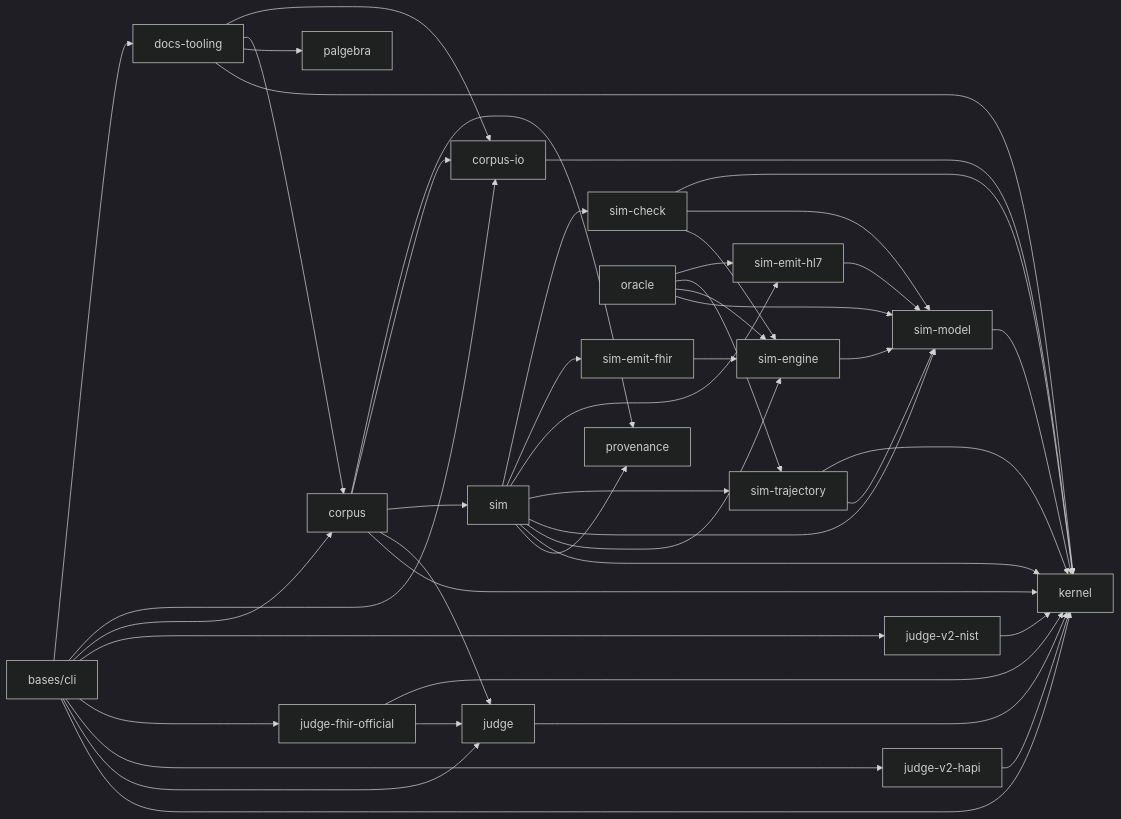
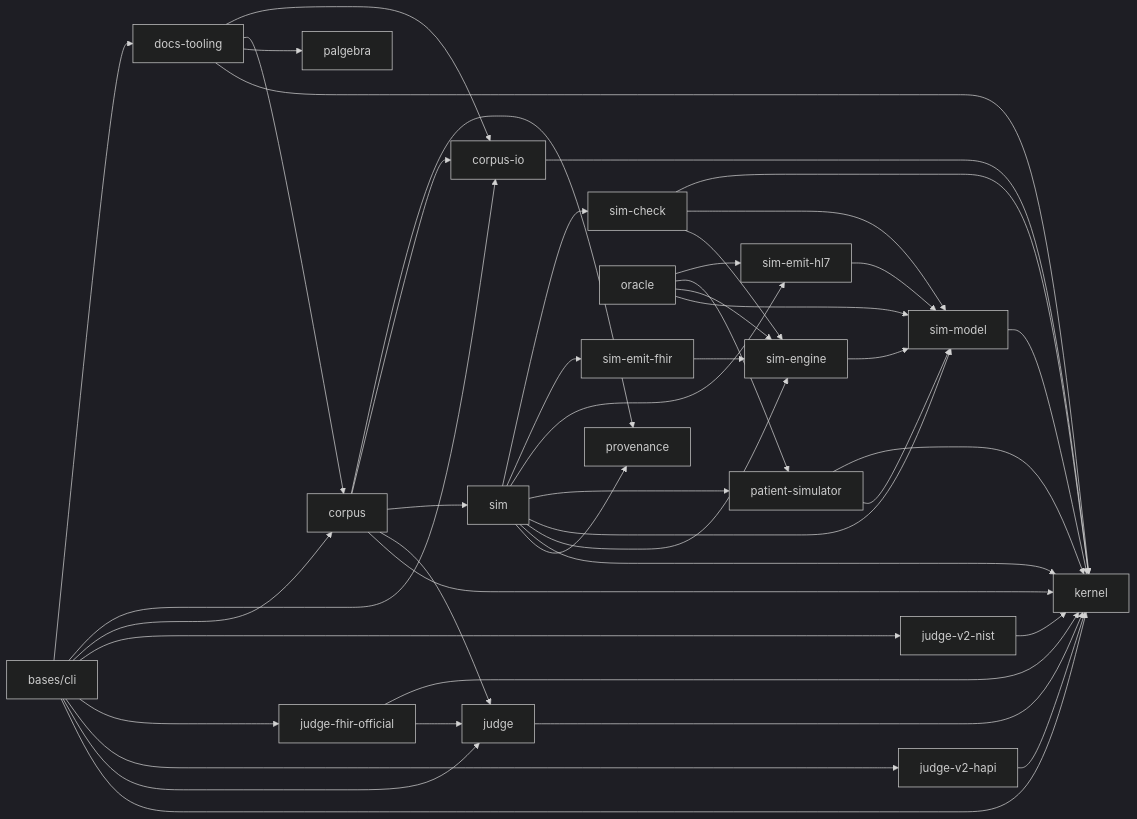
The diagram in docs/dev/architecture.md (pragsmike/ehr-testing-tools), drawn with Mermaid (dark theme) before and after one commit. The commit also changed other lines of this file and 153 other files, not shown here.

````diff
--- a/docs/dev/architecture.md
+++ b/docs/dev/architecture.md
@@ -25,67 +25,67 @@
 ```mermaid
 flowchart LR
     kernel[kernel]
     judge[judge]
     judgev2hapi[judge-v2-hapi]
     judgefhirofficial[judge-fhir-official]
     judgev2nist[judge-v2-nist]
     provenance[provenance]
     corpus[corpus]
     corpusio[corpus-io]
     docstooling[docs-tooling]
     palgebra[palgebra]
     simmodel[sim-model]
     simengine[sim-engine]
-    simtrajectory[sim-trajectory]
+    simtrajectory[patient-simulator]
     simemithl7[sim-emit-hl7]
     simemitfhir[sim-emit-fhir]
     simcheck[sim-check]
     sim[sim]
     oracle[oracle]
     cli[bases/cli]
 
     judge --> kernel
     judgev2hapi --> kernel
     judgefhirofficial --> judge
     judgefhirofficial --> kernel
     judgev2nist --> kernel
     corpusio --> kernel
     corpus --> kernel
     corpus --> judge
     corpus --> sim
     corpus --> corpusio
     corpus --> provenance
     sim --> provenance
     simmodel --> kernel
     simengine --> simmodel
     simtrajectory --> simmodel
     simtrajectory --> kernel
     simemithl7 --> simmodel
     simemitfhir --> simengine
     simcheck --> simengine
     simcheck --> simmodel
     simcheck --> kernel
     sim --> kernel
     sim --> simengine
     sim --> simmodel
     sim --> simtrajectory
     sim --> simemithl7
     sim --> simemitfhir
     sim --> simcheck
     oracle --> simmodel
     oracle --> simengine
     oracle --> simtrajectory
     oracle --> simemithl7
     docstooling --> kernel
     docstooling --> palgebra
     docstooling --> corpus
     docstooling --> corpusio
     cli --> kernel
     cli --> judge
     cli --> judgev2hapi
     cli --> judgefhirofficial
     cli --> judgev2nist
     cli --> corpus
     cli --> corpusio
     cli --> docstooling
 ```
````
